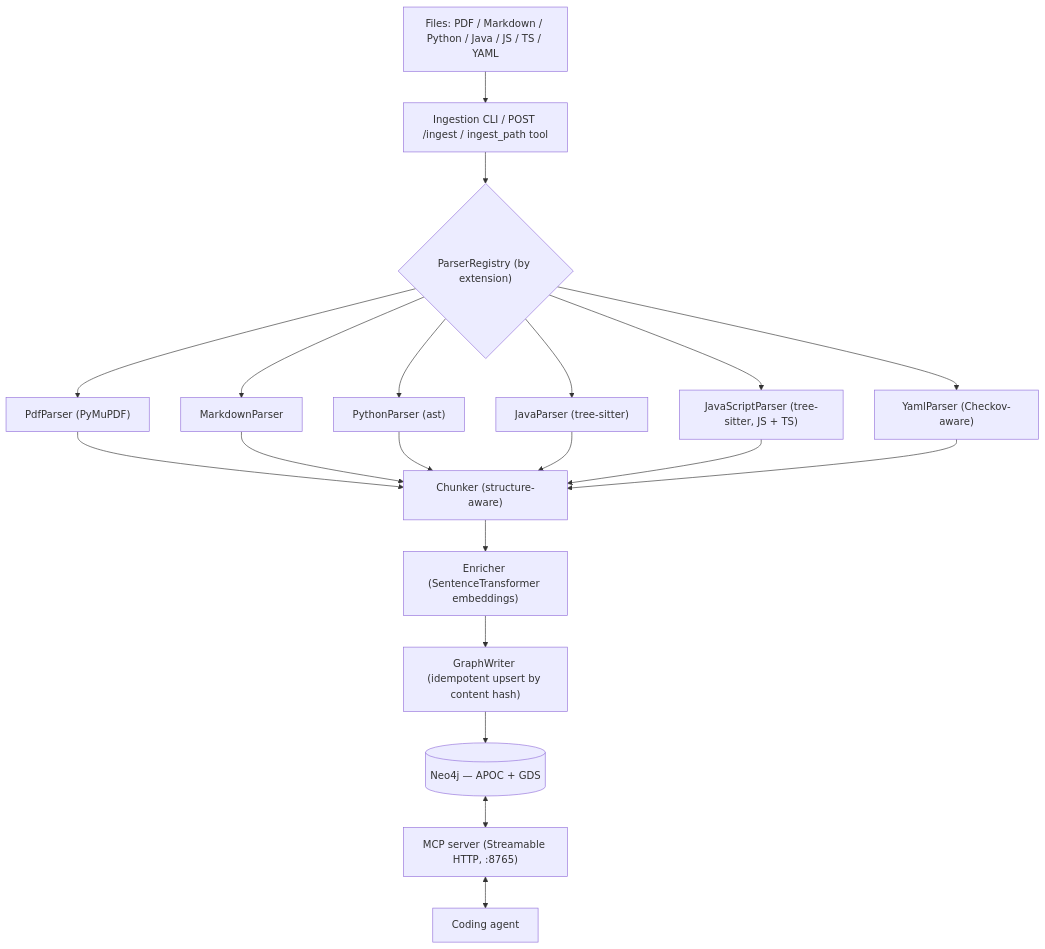
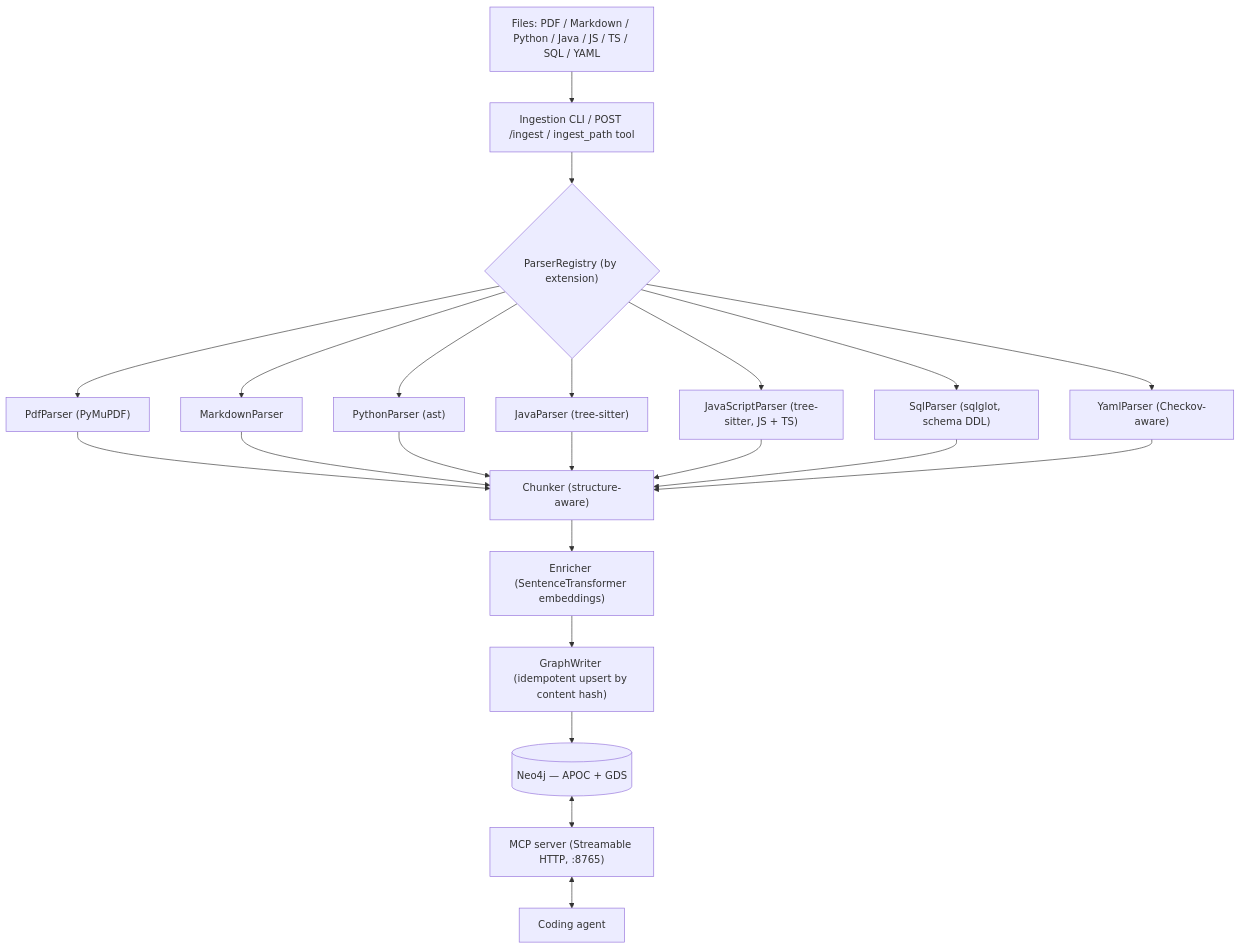
Before and after one commit to tmustafiz/graph-rag: the diagram in docs/ARCHITECTURE.md, drawn with Mermaid. The commit also changed other lines of this file and 28 other files, not shown here.

First line of the commit message:
SQL schema parser (.sql DDL → DbTable/DbColumn/DbView/DbIndex + REFERENCES) (#91)

````diff
--- a/docs/ARCHITECTURE.md
+++ b/docs/ARCHITECTURE.md
@@ -14,22 +14,24 @@
 ```mermaid
 flowchart TD
-    A["Files: PDF / Markdown / Python / Java / JS / TS / YAML"] --> B["Ingestion CLI / POST /ingest / ingest_path tool"]
+    A["Files: PDF / Markdown / Python / Java / JS / TS / SQL / YAML"] --> B["Ingestion CLI / POST /ingest / ingest_path tool"]
     B --> C{"ParserRegistry (by extension)"}
     C --> C1["PdfParser (PyMuPDF)"]
     C --> C2["MarkdownParser"]
     C --> C3["PythonParser (ast)"]
     C --> C4["JavaParser (tree-sitter)"]
     C --> C5["JavaScriptParser (tree-sitter, JS + TS)"]
-    C --> C6["YamlParser (Checkov-aware)"]
+    C --> C6["SqlParser (sqlglot, schema DDL)"]
+    C --> C7["YamlParser (Checkov-aware)"]
     C1 --> D["Chunker (structure-aware)"]
     C2 --> D
     C3 --> D
     C4 --> D
     C5 --> D
     C6 --> D
+    C7 --> D
     D --> E["Enricher (SentenceTransformer embeddings)"]
     E --> F["GraphWriter (idempotent upsert by content hash)"]
     F --> G[("Neo4j — APOC + GDS")]
     G <--> H["MCP server (Streamable HTTP, :8765)"]
     H <--> I["Coding agent"]
 ```
````
